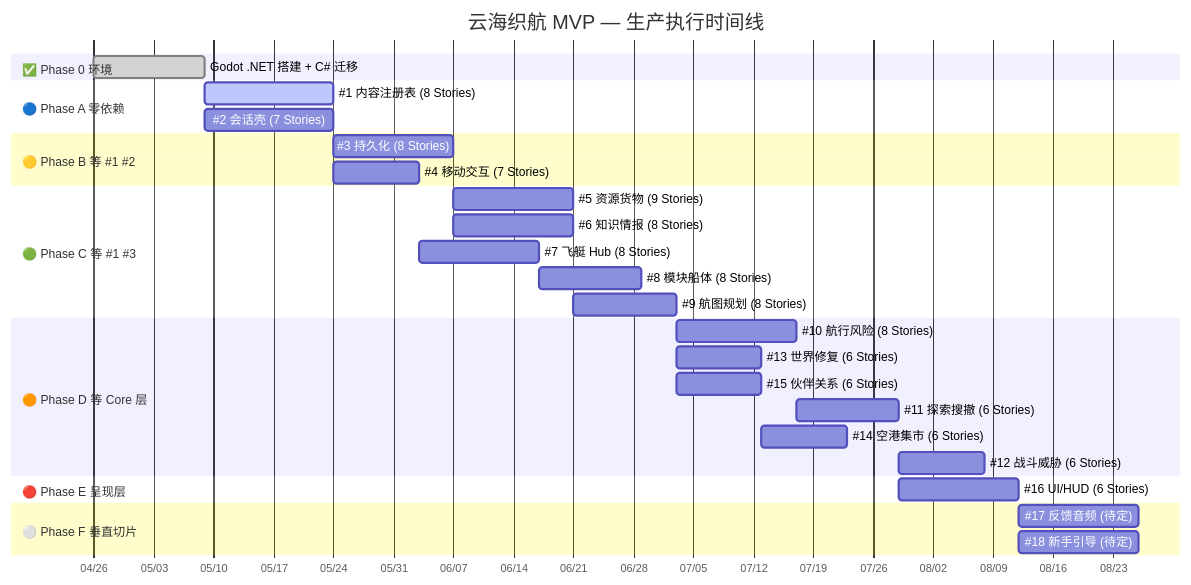
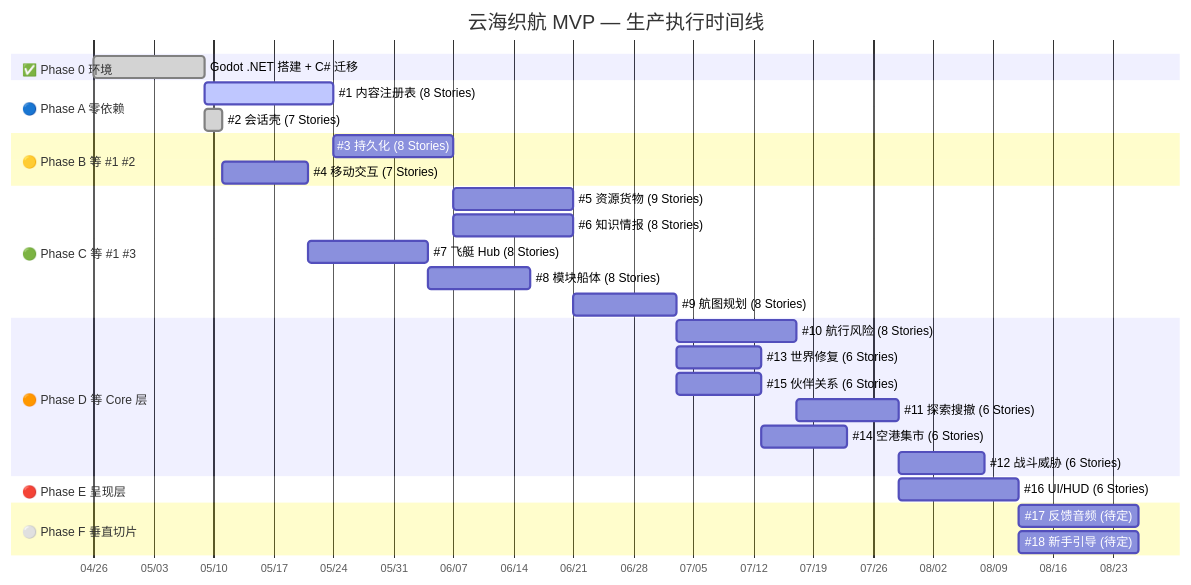
The first of 3 diagrams in docs/reference/production-flowchart.md (lieinsay/Claude-Code-Game-Studios), drawn with Mermaid before and after one commit. The commit also changed other lines of this file and 41 other files, not shown here.

````diff
--- a/docs/reference/production-flowchart.md
+++ b/docs/reference/production-flowchart.md
@@ -13,39 +13,39 @@
 ```mermaid
 gantt
     title 云海织航 MVP — 生产执行时间线
     dateFormat YYYY-MM-DD
     axisFormat %m/%d
 
     section ✅ Phase 0 环境
     Godot .NET 搭建 + C# 迁移   :done,    p0, 2026-04-26, 2026-05-09
 
     section 🔵 Phase A 零依赖
     #1 内容注册表 (8 Stories)    :active,  p1a, 2026-05-09, 2026-05-24
-    #2 会话壳     (7 Stories)    :         p1b, 2026-05-09, 2026-05-24
+    #2 会话壳     (7 Stories)    :done,    p1b, 2026-05-09, 2026-05-11
 
     section 🟡 Phase B 等 #1 #2
     #3 持久化     (8 Stories)    :         p2a, after p1a, 14d
     #4 移动交互   (7 Stories)    :         p2b, after p1b, 10d
 
     section 🟢 Phase C 等 #1 #3
     #5 资源货物   (9 Stories)    :         p3a, after p2a, 14d
     #6 知识情报   (8 Stories)    :         p3b, after p2a, 14d
     #7 飞艇 Hub   (8 Stories)    :         p3c, after p2b, 14d
     #8 模块船体   (8 Stories)    :         p3d, after p3c, 12d
     #9 航图规划   (8 Stories)    :         p3e, after p3b, 12d
 
     section 🟠 Phase D 等 Core 层
     #10 航行风险  (8 Stories)    :         p4a, after p3e, 14d
     #13 世界修复  (6 Stories)    :         p4b, after p3e, 10d
     #15 伙伴关系  (6 Stories)    :         p4c, after p3e, 10d
     #11 探索搜撤  (6 Stories)    :         p4d, after p4a, 12d
     #14 空港集市  (6 Stories)    :         p4e, after p4b, 10d
     #12 战斗威胁  (6 Stories)    :         p4f, after p4d, 10d
 
     section 🔴 Phase E 呈现层
     #16 UI/HUD    (6 Stories)    :         p5a, after p4d, 14d
 
     section ⚪ Phase F 垂直切片
     #17 反馈音频  (待定)         :         p6a, after p5a, 14d
     #18 新手引导  (待定)         :         p6b, after p5a, 14d
 ```
````
